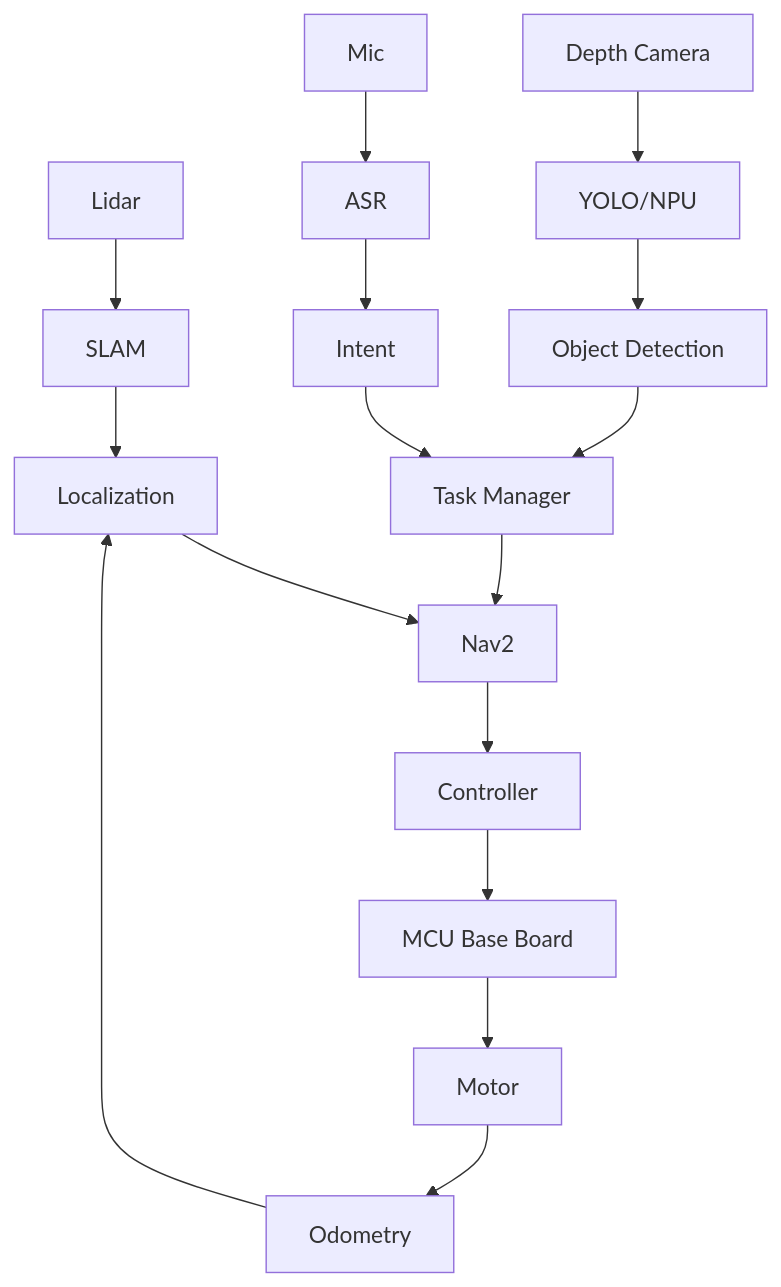
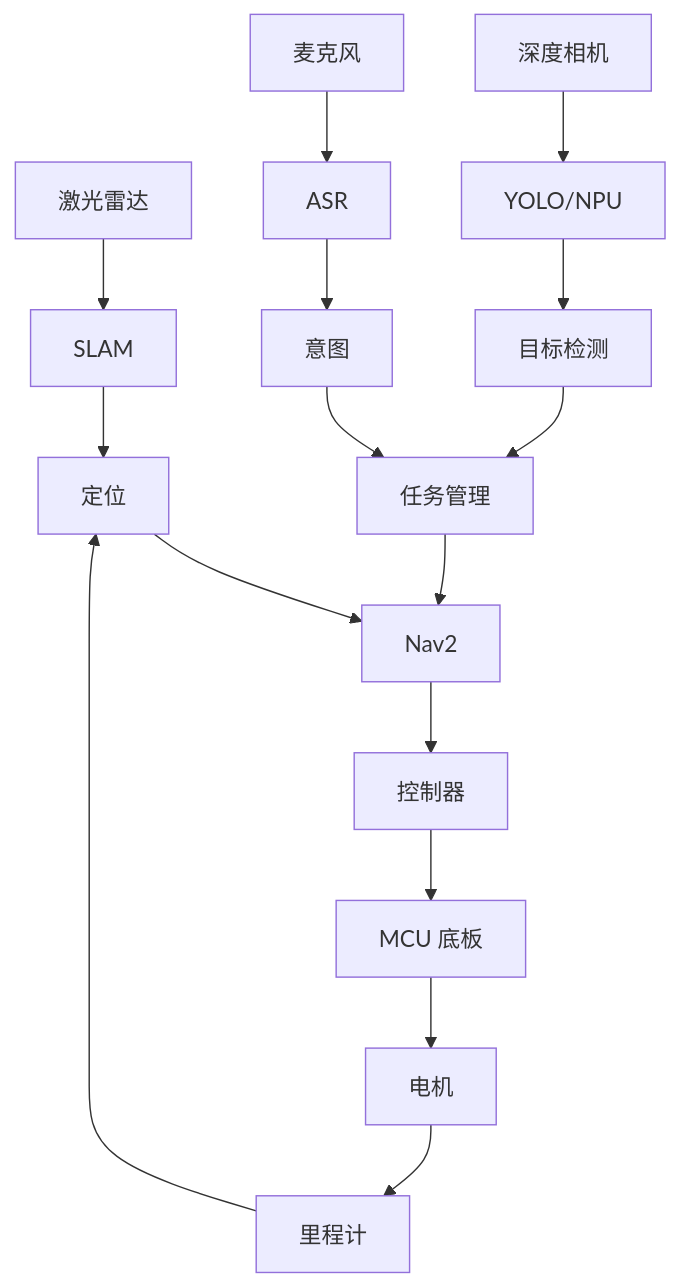
The diagram in robot-knowledge-base/01-system-architecture/system-map.md (shimokagela-mk/cusor), drawn with Mermaid before and after one commit. The commit also changed other lines of this file and 14 other files, not shown here.

````diff
--- a/robot-knowledge-base/01-system-architecture/system-map.md
+++ b/robot-knowledge-base/01-system-architecture/system-map.md
@@ -27,20 +25,20 @@
 ```mermaid
 flowchart TD
-    lidar["Lidar"] --> slam["SLAM"]
-    slam --> localization["Localization"]
+    lidar["激光雷达"] --> slam["SLAM"]
+    slam --> localization["定位"]
     localization --> nav2["Nav2"]
-    nav2 --> controller["Controller"]
-    controller --> mcu["MCU Base Board"]
-    mcu --> motor["Motor"]
-    motor --> odom["Odometry"]
+    nav2 --> controller["控制器"]
+    controller --> mcu["MCU 底板"]
+    mcu --> motor["电机"]
+    motor --> odom["里程计"]
     odom --> localization
 
-    camera["Depth Camera"] --> yolo["YOLO/NPU"]
-    yolo --> objectDetection["Object Detection"]
-    objectDetection --> taskManager["Task Manager"]
+    camera["深度相机"] --> yolo["YOLO/NPU"]
+    yolo --> objectDetection["目标检测"]
+    objectDetection --> taskManager["任务管理"]
     taskManager --> nav2
 
-    mic["Mic"] --> asr["ASR"]
-    asr --> intent["Intent"]
+    mic["麦克风"] --> asr["ASR"]
+    asr --> intent["意图"]
     intent --> taskManager
 ```
````
